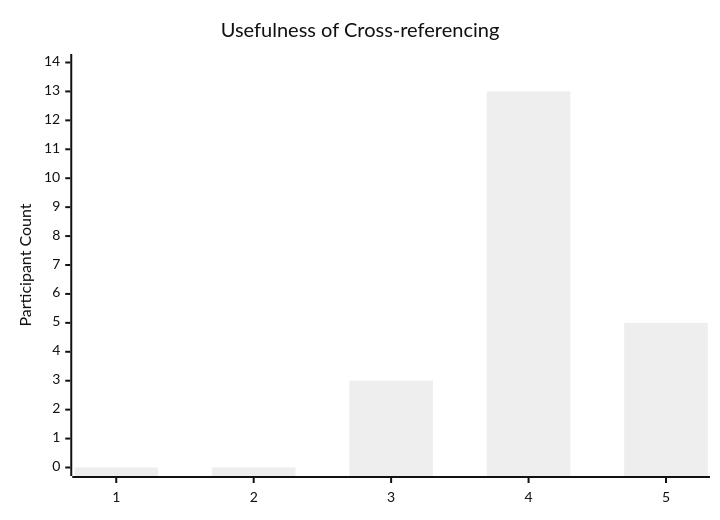
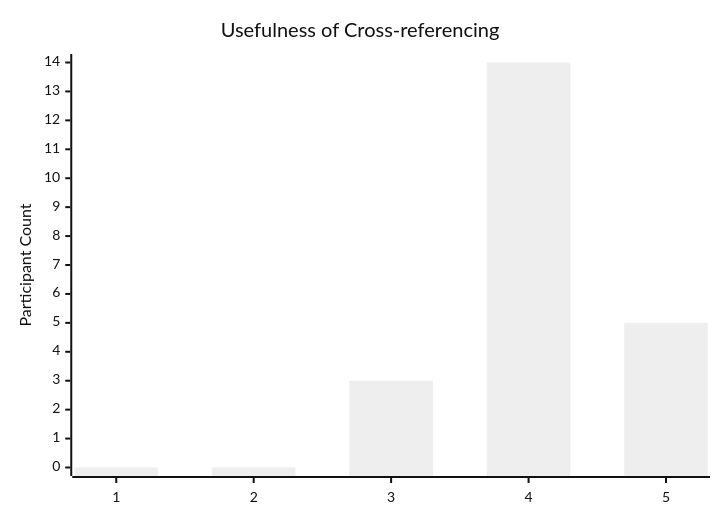
Before and after one commit to anonym-evalpro/EvalPro: the ninth of 15 diagrams in Search/README.md, drawn with Mermaid (neutral theme). The commit also changed other lines of this file and 1 other file, not shown here.

````diff
--- a/Search/README.md
+++ b/Search/README.md
@@ -101,7 +101,7 @@
        ```mermaid
         xychart-beta
         title "Usefulness of Cross-referencing"
         x-axis ["1", "2", "3", "4", "5"]
         y-axis "Participant Count" 0 --> 14
-        bar [0, 0, 3, 13, 5]
+        bar [0, 0, 3, 14, 5]
        ```
````
